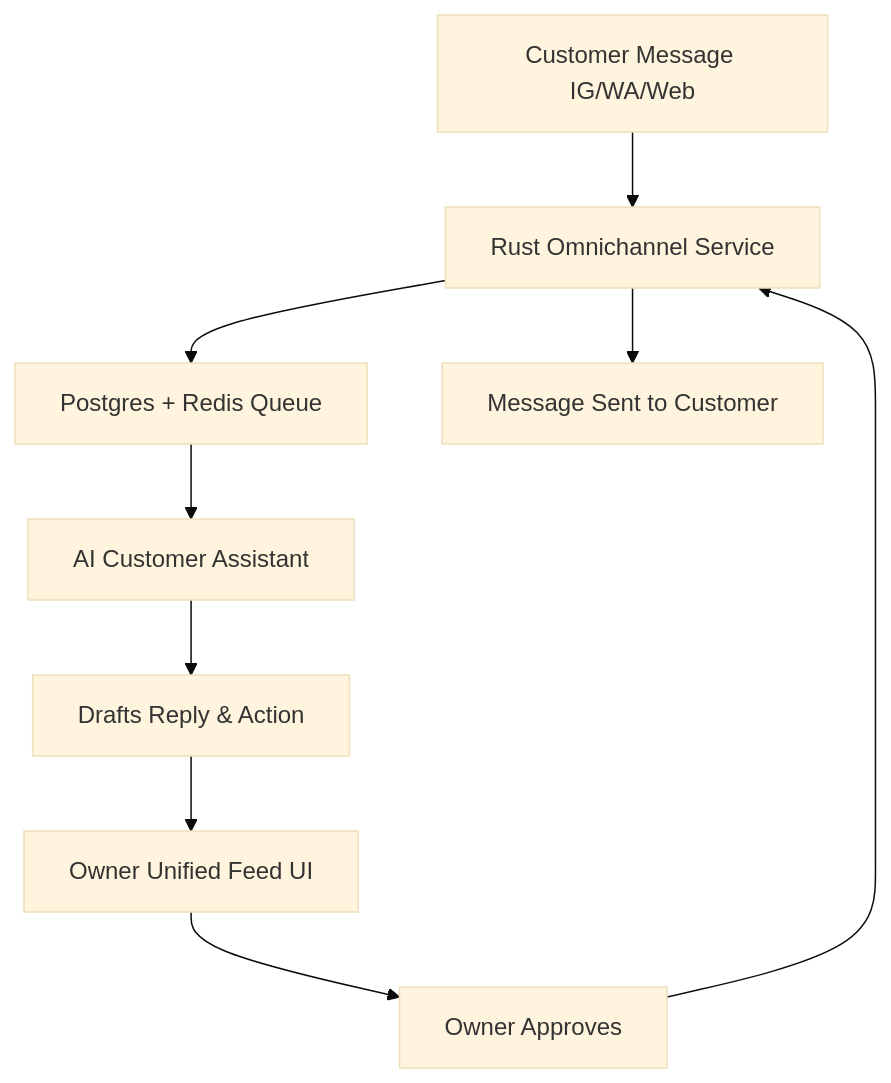
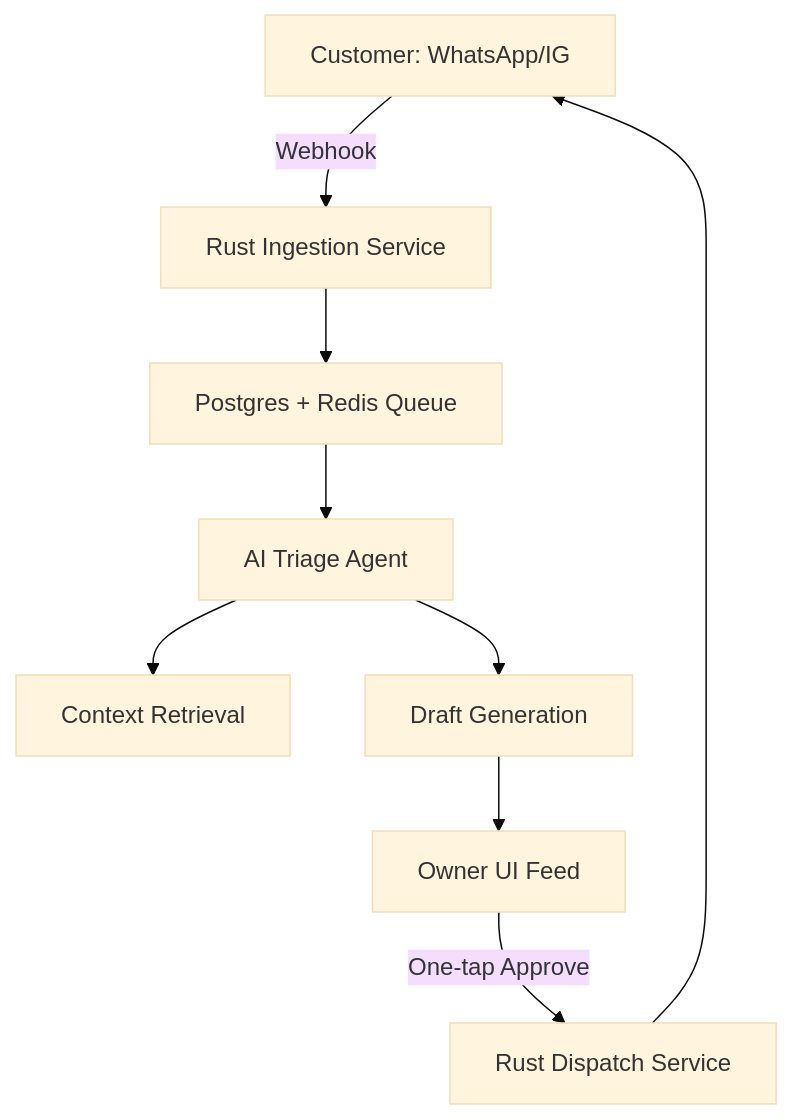
The diagram in .agent-task/report/task_output.md (omnisolo-llc/onehumancorp), drawn with Mermaid (base theme) before and after one commit. The commit also changed other lines of this file, not shown here.

First line of the commit message:
chore: add omnichannel research report and fix main build

````diff
--- a/.agent-task/report/task_output.md
+++ b/.agent-task/report/task_output.md
@@ -88,11 +31,11 @@
   ```mermaid
   graph TD
-      A[Customer Message IG/WA/Web] --> B[Rust Omnichannel Service]
+      A[Customer: WhatsApp/IG] -->|Webhook| B[Rust Ingestion Service]
       B --> C[Postgres + Redis Queue]
-      C --> D[AI Customer Assistant]
-      D --> E[Drafts Reply & Action]
-      E --> F[Owner Unified Feed UI]
-      F --> G[Owner Approves]
-      G --> B
-      B --> H[Message Sent to Customer]
+      C --> D[AI Triage Agent]
+      D --> E[Context Retrieval]
+      D --> F[Draft Generation]
+      F --> G[Owner UI Feed]
+      G -->|One-tap Approve| H[Rust Dispatch Service]
+      H --> A
   ```
````
